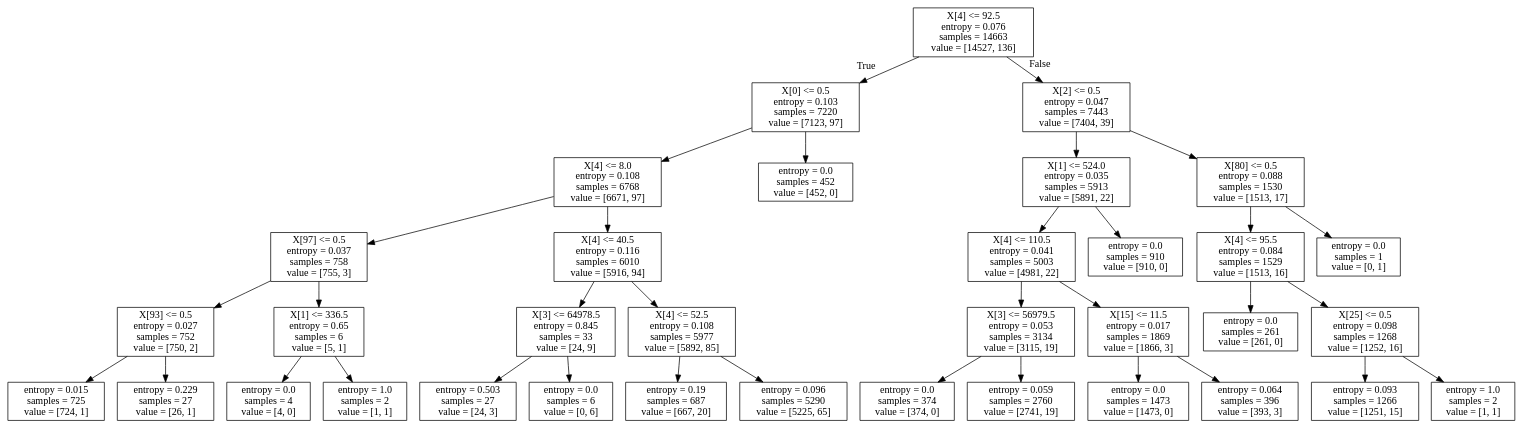
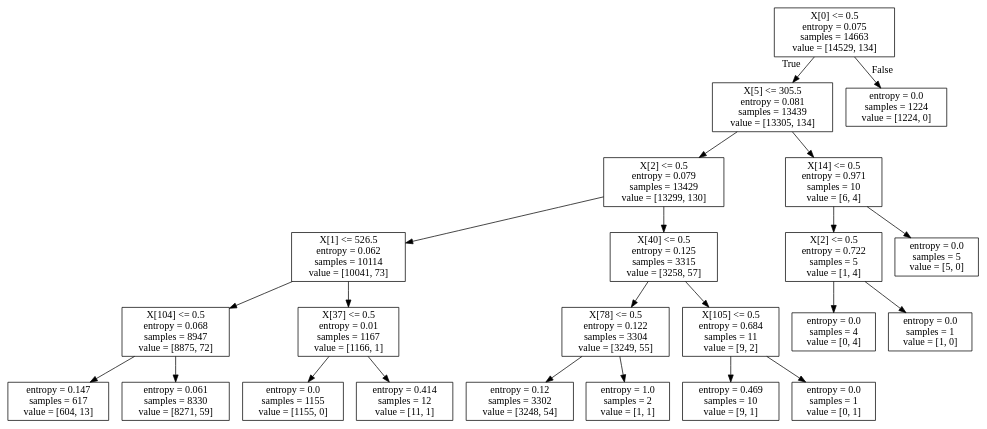
One commit to jls731/infrep17project changed the diagram in tree.dot. Above: the diagram before and after it, drawn with Graphviz. The commit also changed 3 other files, not shown here.

```diff
--- a/tree.dot
+++ b/tree.dot
@@ -1,72 +1,48 @@
 digraph Tree {
 node [shape=box] ;
-0 [label="X[4] <= 92.5\nentropy = 0.076\nsamples = 14663\nvalue = [14527, 136]"] ;
-1 [label="X[0] <= 0.5\nentropy = 0.103\nsamples = 7220\nvalue = [7123, 97]"] ;
+0 [label="X[0] <= 0.5\nentropy = 0.075\nsamples = 14663\nvalue = [14529, 134]"] ;
+1 [label="X[5] <= 305.5\nentropy = 0.081\nsamples = 13439\nvalue = [13305, 134]"] ;
 0 -> 1 [labeldistance=2.5, labelangle=45, headlabel="True"] ;
-2 [label="X[4] <= 8.0\nentropy = 0.108\nsamples = 6768\nvalue = [6671, 97]"] ;
+2 [label="X[2] <= 0.5\nentropy = 0.079\nsamples = 13429\nvalue = [13299, 130]"] ;
 1 -> 2 ;
-3 [label="X[97] <= 0.5\nentropy = 0.037\nsamples = 758\nvalue = [755, 3]"] ;
+3 [label="X[1] <= 526.5\nentropy = 0.062\nsamples = 10114\nvalue = [10041, 73]"] ;
 2 -> 3 ;
-4 [label="X[93] <= 0.5\nentropy = 0.027\nsamples = 752\nvalue = [750, 2]"] ;
+4 [label="X[104] <= 0.5\nentropy = 0.068\nsamples = 8947\nvalue = [8875, 72]"] ;
 3 -> 4 ;
-5 [label="entropy = 0.015\nsamples = 725\nvalue = [724, 1]"] ;
+5 [label="entropy = 0.147\nsamples = 617\nvalue = [604, 13]"] ;
 4 -> 5 ;
-6 [label="entropy = 0.229\nsamples = 27\nvalue = [26, 1]"] ;
+6 [label="entropy = 0.061\nsamples = 8330\nvalue = [8271, 59]"] ;
 4 -> 6 ;
-7 [label="X[1] <= 336.5\nentropy = 0.65\nsamples = 6\nvalue = [5, 1]"] ;
+7 [label="X[37] <= 0.5\nentropy = 0.01\nsamples = 1167\nvalue = [1166, 1]"] ;
 3 -> 7 ;
-8 [label="entropy = 0.0\nsamples = 4\nvalue = [4, 0]"] ;
+8 [label="entropy = 0.0\nsamples = 1155\nvalue = [1155, 0]"] ;
 7 -> 8 ;
-9 [label="entropy = 1.0\nsamples = 2\nvalue = [1, 1]"] ;
+9 [label="entropy = 0.414\nsamples = 12\nvalue = [11, 1]"] ;
 7 -> 9 ;
-10 [label="X[4] <= 40.5\nentropy = 0.116\nsamples = 6010\nvalue = [5916, 94]"] ;
+10 [label="X[40] <= 0.5\nentropy = 0.125\nsamples = 3315\nvalue = [3258, 57]"] ;
 2 -> 10 ;
-11 [label="X[3] <= 64978.5\nentropy = 0.845\nsamples = 33\nvalue = [24, 9]"] ;
+11 [label="X[78] <= 0.5\nentropy = 0.122\nsamples = 3304\nvalue = [3249, 55]"] ;
 10 -> 11 ;
-12 [label="entropy = 0.503\nsamples = 27\nvalue = [24, 3]"] ;
+12 [label="entropy = 0.12\nsamples = 3302\nvalue = [3248, 54]"] ;
 11 -> 12 ;
-13 [label="entropy = 0.0\nsamples = 6\nvalue = [0, 6]"] ;
+13 [label="entropy = 1.0\nsamples = 2\nvalue = [1, 1]"] ;
 11 -> 13 ;
-14 [label="X[4] <= 52.5\nentropy = 0.108\nsamples = 5977\nvalue = [5892, 85]"] ;
+14 [label="X[105] <= 0.5\nentropy = 0.684\nsamples = 11\nvalue = [9, 2]"] ;
 10 -> 14 ;
-15 [label="entropy = 0.19\nsamples = 687\nvalue = [667, 20]"] ;
+15 [label="entropy = 0.469\nsamples = 10\nvalue = [9, 1]"] ;
 14 -> 15 ;
-16 [label="entropy = 0.096\nsamples = 5290\nvalue = [5225, 65]"] ;
+16 [label="entropy = 0.0\nsamples = 1\nvalue = [0, 1]"] ;
 14 -> 16 ;
-17 [label="entropy = 0.0\nsamples = 452\nvalue = [452, 0]"] ;
+17 [label="X[14] <= 0.5\nentropy = 0.971\nsamples = 10\nvalue = [6, 4]"] ;
 1 -> 17 ;
-18 [label="X[2] <= 0.5\nentropy = 0.047\nsamples = 7443\nvalue = [7404, 39]"] ;
-0 -> 18 [labeldistance=2.5, labelangle=-45, headlabel="False"] ;
-19 [label="X[1] <= 524.0\nentropy = 0.035\nsamples = 5913\nvalue = [5891, 22]"] ;
+18 [label="X[2] <= 0.5\nentropy = 0.722\nsamples = 5\nvalue = [1, 4]"] ;
+17 -> 18 ;
+19 [label="entropy = 0.0\nsamples = 4\nvalue = [0, 4]"] ;
 18 -> 19 ;
-20 [label="X[4] <= 110.5\nentropy = 0.041\nsamples = 5003\nvalue = [4981, 22]"] ;
-19 -> 20 ;
-21 [label="X[3] <= 56979.5\nentropy = 0.053\nsamples = 3134\nvalue = [3115, 19]"] ;
-20 -> 21 ;
-22 [label="entropy = 0.0\nsamples = 374\nvalue = [374, 0]"] ;
-21 -> 22 ;
-23 [label="entropy = 0.059\nsamples = 2760\nvalue = [2741, 19]"] ;
-21 -> 23 ;
-24 [label="X[15] <= 11.5\nentropy = 0.017\nsamples = 1869\nvalue = [1866, 3]"] ;
-20 -> 24 ;
-25 [label="entropy = 0.0\nsamples = 1473\nvalue = [1473, 0]"] ;
-24 -> 25 ;
-26 [label="entropy = 0.064\nsamples = 396\nvalue = [393, 3]"] ;
-24 -> 26 ;
-27 [label="entropy = 0.0\nsamples = 910\nvalue = [910, 0]"] ;
-19 -> 27 ;
-28 [label="X[80] <= 0.5\nentropy = 0.088\nsamples = 1530\nvalue = [1513, 17]"] ;
-18 -> 28 ;
-29 [label="X[4] <= 95.5\nentropy = 0.084\nsamples = 1529\nvalue = [1513, 16]"] ;
-28 -> 29 ;
-30 [label="entropy = 0.0\nsamples = 261\nvalue = [261, 0]"] ;
-29 -> 30 ;
-31 [label="X[25] <= 0.5\nentropy = 0.098\nsamples = 1268\nvalue = [1252, 16]"] ;
-29 -> 31 ;
-32 [label="entropy = 0.093\nsamples = 1266\nvalue = [1251, 15]"] ;
-31 -> 32 ;
-33 [label="entropy = 1.0\nsamples = 2\nvalue = [1, 1]"] ;
-31 -> 33 ;
-34 [label="entropy = 0.0\nsamples = 1\nvalue = [0, 1]"] ;
-28 -> 34 ;
+20 [label="entropy = 0.0\nsamples = 1\nvalue = [1, 0]"] ;
+18 -> 20 ;
+21 [label="entropy = 0.0\nsamples = 5\nvalue = [5, 0]"] ;
+17 -> 21 ;
+22 [label="entropy = 0.0\nsamples = 1224\nvalue = [1224, 0]"] ;
+0 -> 22 [labeldistance=2.5, labelangle=-45, headlabel="False"] ;
 }
```
